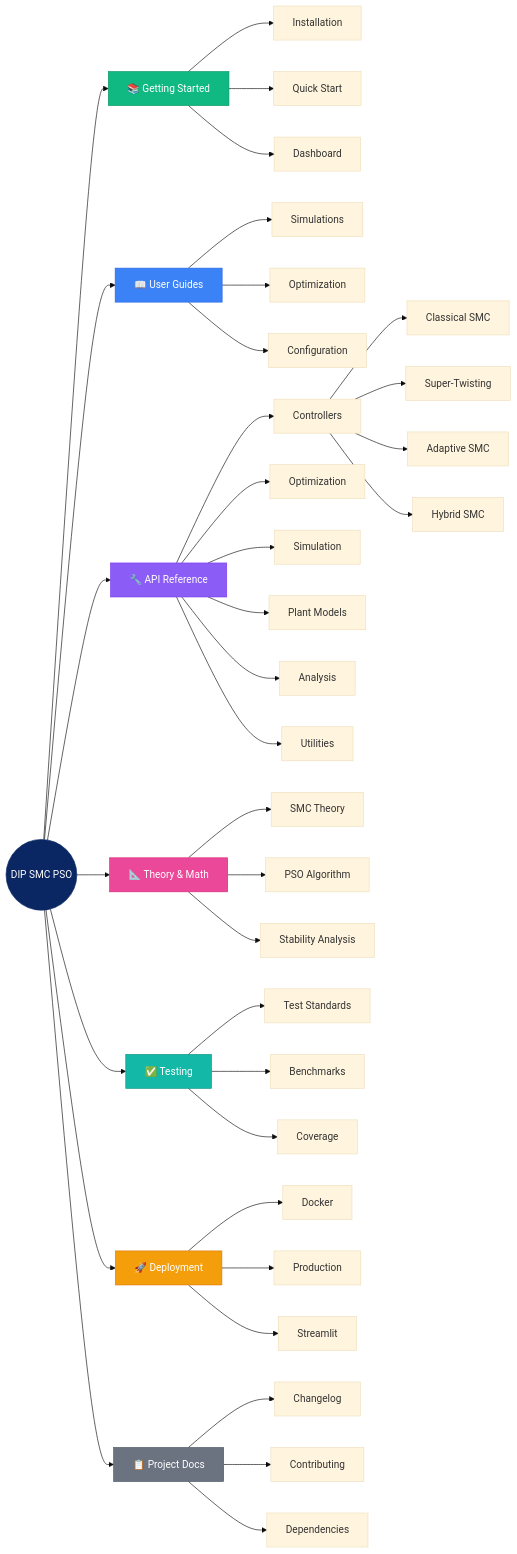
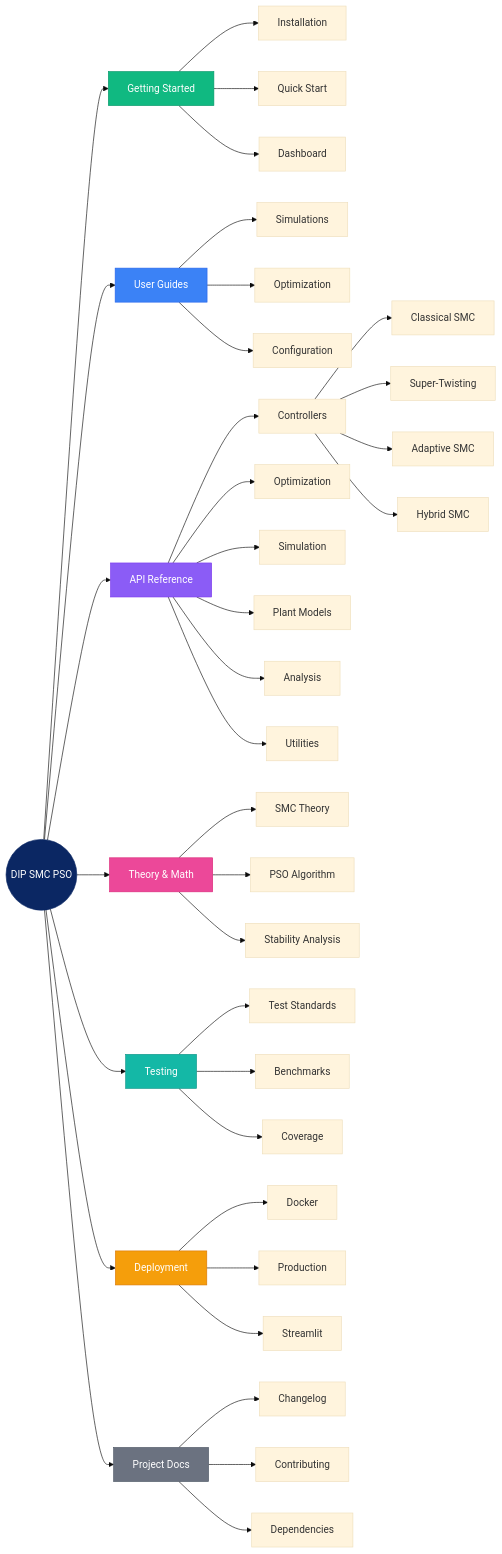
Before and after one commit to theSadeQ/dip-smc-pso: the third of 4 diagrams in docs/sitemap_visual.md, drawn with Mermaid (base theme). The commit also changed 609 other files, not shown here.

````diff
--- a/docs/sitemap_visual.md
+++ b/docs/sitemap_visual.md
@@ -116,55 +116,55 @@
 ```{mermaid}
 graph LR
-    Root((DIP SMC PSO)) --> A[📚 Getting Started]
-    Root --> B[📖 User Guides]
-    Root --> C[🔧 API Reference]
-    Root --> D[📐 Theory & Math]
-    Root --> E[✅ Testing]
-    Root --> F[🚀 Deployment]
-    Root --> G[📋 Project Docs]
+    Root((DIP SMC PSO)) --> A[ Getting Started]
+    Root --> B[ User Guides]
+    Root --> C[ API Reference]
+    Root --> D[ Theory & Math]
+    Root --> E[ Testing]
+    Root --> F[ Deployment]
+    Root --> G[ Project Docs]
 
     A --> A1[Installation]
     A --> A2[Quick Start]
     A --> A3[Dashboard]
 
     B --> B1[Simulations]
     B --> B2[Optimization]
     B --> B3[Configuration]
 
     C --> C1[Controllers]
     C --> C2[Optimization]
     C --> C3[Simulation]
     C --> C4[Plant Models]
     C --> C5[Analysis]
     C --> C6[Utilities]
 
     C1 --> C1A[Classical SMC]
     C1 --> C1B[Super-Twisting]
     C1 --> C1C[Adaptive SMC]
     C1 --> C1D[Hybrid SMC]
 
     D --> D1[SMC Theory]
     D --> D2[PSO Algorithm]
     D --> D3[Stability Analysis]
 
     E --> E1[Test Standards]
     E --> E2[Benchmarks]
     E --> E3[Coverage]
 
     F --> F1[Docker]
     F --> F2[Production]
     F --> F3[Streamlit]
 
     G --> G1[Changelog]
     G --> G2[Contributing]
     G --> G3[Dependencies]
 
     style Root fill:#0b2763,stroke:#0b2763,color:#fff
     style A fill:#10b981,stroke:#059669,color:#fff
     style B fill:#3b82f6,stroke:#2563eb,color:#fff
     style C fill:#8b5cf6,stroke:#7c3aed,color:#fff
     style D fill:#ec4899,stroke:#db2777,color:#fff
     style E fill:#14b8a6,stroke:#0d9488,color:#fff
     style F fill:#f59e0b,stroke:#d97706,color:#fff
     style G fill:#6b7280,stroke:#4b5563,color:#fff
 ```
````
